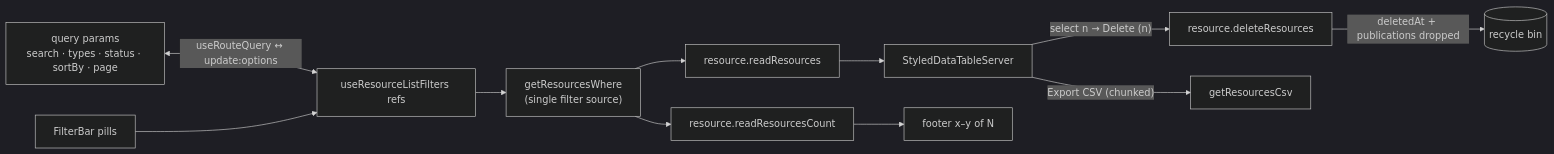
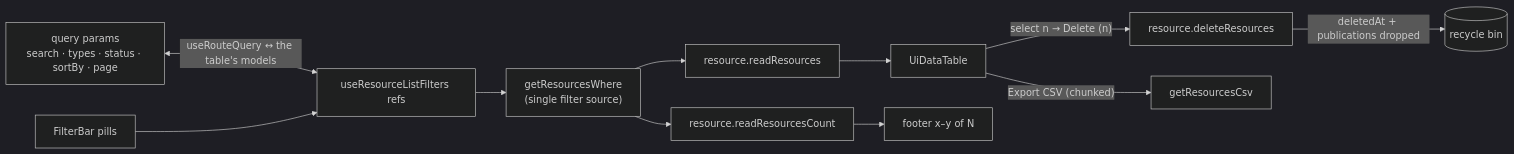
The diagram in apps/web/content/docs/resource/list-filters-and-views.md (Esposter/Esposter), drawn with Mermaid (dark theme) before and after one commit. The commit also changed other lines of this file and 34 other files, not shown here.

````diff
--- a/apps/web/content/docs/resource/list-filters-and-views.md
+++ b/apps/web/content/docs/resource/list-filters-and-views.md
@@ -45,10 +45,10 @@
 ```mermaid
 flowchart LR
-  URL["query params<br/>search · types · status · sortBy · page"] <-->|"useRouteQuery ↔ update:options"| STATE["useResourceListFilters refs"]
+  URL["query params<br/>search · types · status · sortBy · page"] <-->|"useRouteQuery ↔ the table's models"| STATE["useResourceListFilters refs"]
   PILLS["FilterBar pills"] --> STATE
   STATE --> WHERE["getResourcesWhere<br/>(single filter source)"]
-  WHERE --> RR["resource.readResources"] --> TABLE["StyledDataTableServer"]
+  WHERE --> RR["resource.readResources"] --> TABLE["UiDataTable"]
   WHERE --> CNT["resource.readResourcesCount"] --> FOOTER["footer x–y of N"]
   TABLE -->|"select n → Delete (n)"| BULK["resource.deleteResources"] -->|"deletedAt + publications dropped"| GONE[("recycle bin")]
   TABLE -->|"Export CSV (chunked)"| CSV["getResourcesCsv"]
 ```
````
